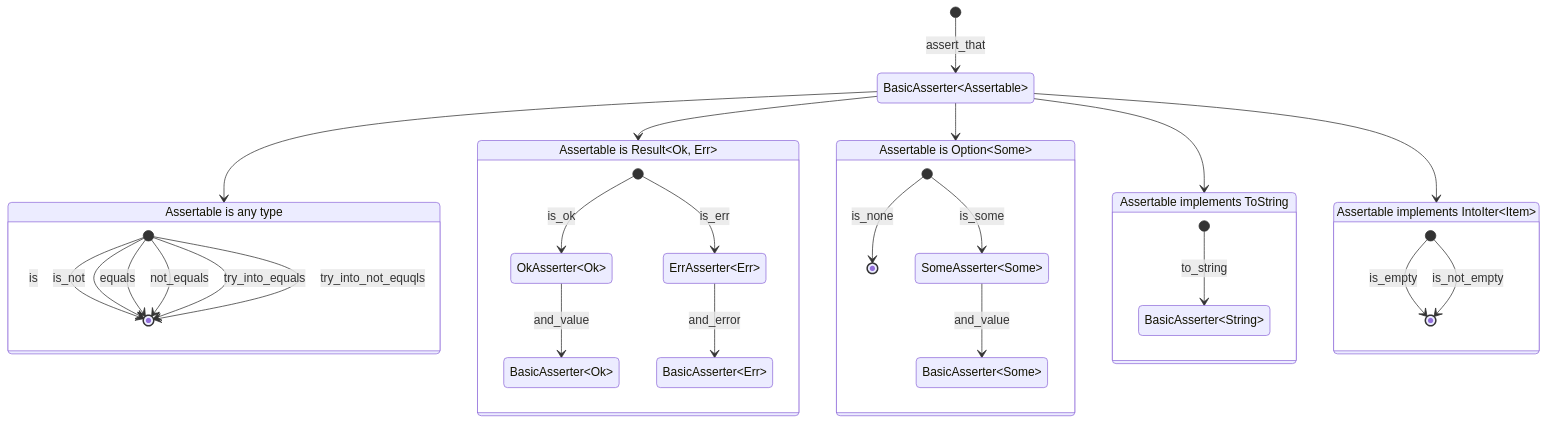
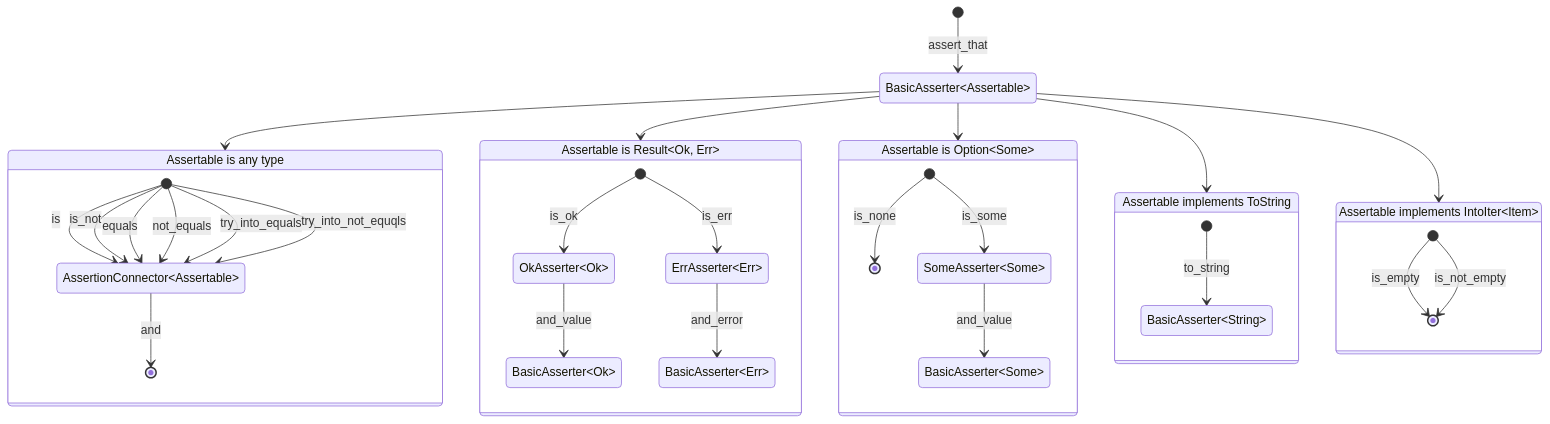
The diagram in README.md (open-schnick/Smoothy), drawn with Mermaid before and after one commit. The commit also changed 7 other files, not shown here.

Commit message:
feat: basic equality assertions now return AssertionConnector to enable multiple assertions on the same type

````diff
--- a/README.md
+++ b/README.md
@@ -94,35 +94,36 @@
 ```mermaid
 stateDiagram-v2
     [*] --> BasicAsserter&ltAssertable&gt : assert_that
     BasicAsserter&ltAssertable&gt --> Anything
     state "Assertable is any type" as Anything {
-        [*] --> [*] : is
-        [*] --> [*] : is_not
-        [*] --> [*] : equals
-        [*] --> [*] : not_equals
-        [*] --> [*] : try_into_equals
-        [*] --> [*]  : try_into_not_equqls
+        [*] --> AssertionConnector&ltAssertable&gt : is
+        [*] --> AssertionConnector&ltAssertable&gt : is_not
+        [*] --> AssertionConnector&ltAssertable&gt : equals
+        [*] --> AssertionConnector&ltAssertable&gt : not_equals
+        [*] --> AssertionConnector&ltAssertable&gt : try_into_equals
+        [*] --> AssertionConnector&ltAssertable&gt : try_into_not_equqls
+        AssertionConnector&ltAssertable&gt --> [*] : and
     }
     BasicAsserter&ltAssertable&gt --> Result
     state "Assertable is Result&ltOk, Err&gt" as Result {
         [*] --> OkAsserter&ltOk&gt : is_ok
         OkAsserter&ltOk&gt --> BasicAsserter&ltOk&gt : and_value
         [*] --> ErrAsserter&ltErr&gt : is_err
         ErrAsserter&ltErr&gt --> BasicAsserter&ltErr&gt : and_error
     }
     BasicAsserter&ltAssertable&gt --> Option
     state "Assertable is Option&ltSome&gt" as Option {
         [*] --> [*] : is_none
         [*] --> SomeAsserter&ltSome&gt : is_some
         SomeAsserter&ltSome&gt --> BasicAsserter&ltSome&gt : and_value
     }
     BasicAsserter&ltAssertable&gt --> ImplString
     state "Assertable implements ToString" as ImplString {
         [*] --> BasicAsserter&ltString&gt : to_string
     }
     BasicAsserter&ltAssertable&gt --> ImplIntoIter
     state "Assertable implements IntoIter&ltItem&gt" as ImplIntoIter {
         [*] --> [*] : is_empty
         [*] --> [*] : is_not_empty
     }
 ```
````
